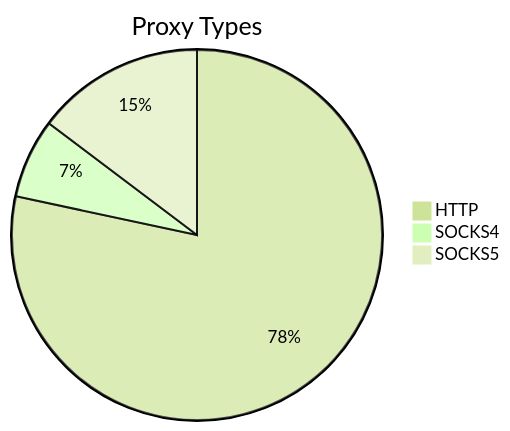
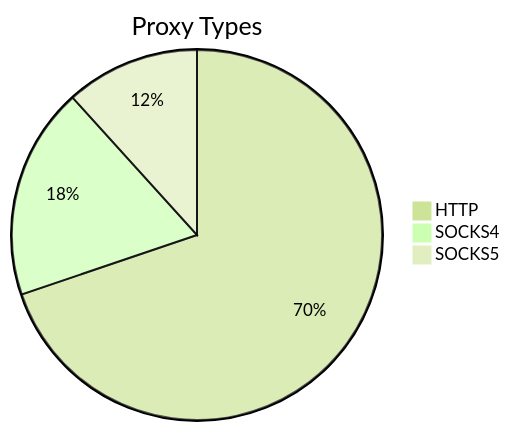
Before and after one commit to stormsia/proxy-list: the first of 2 diagrams in README.md, drawn with Mermaid (forest theme). The commit also changed other lines of this file, not shown here.

````diff
--- a/README.md
+++ b/README.md
@@ -21,6 +21,6 @@
 ```mermaid
 pie title Proxy Types
-    "HTTP" : 181
-    "SOCKS4" : 16
-    "SOCKS5" : 34
+    "HTTP" : 453
+    "SOCKS4" : 120
+    "SOCKS5" : 76
 ```
````
